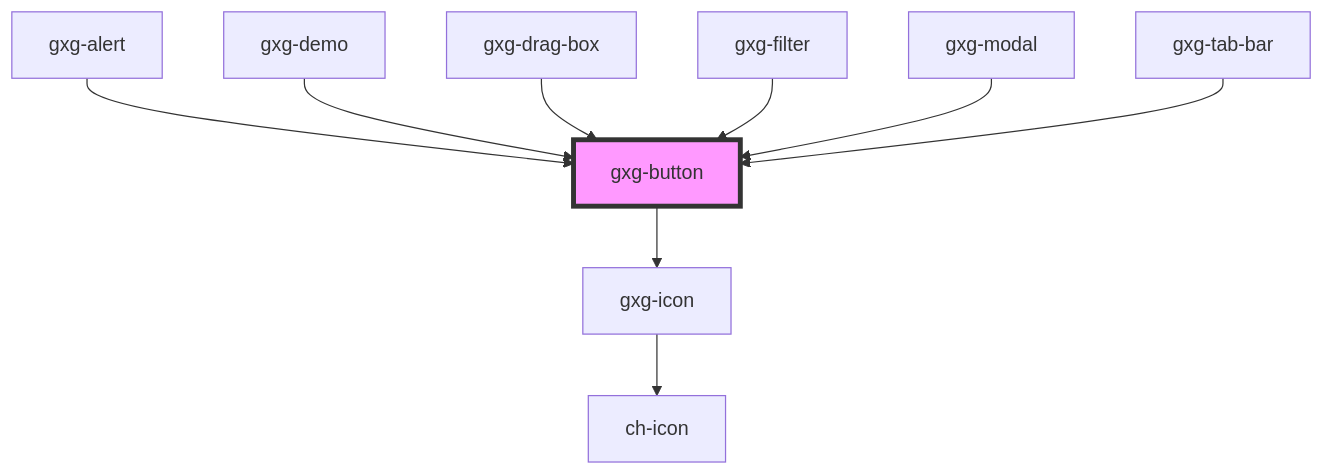
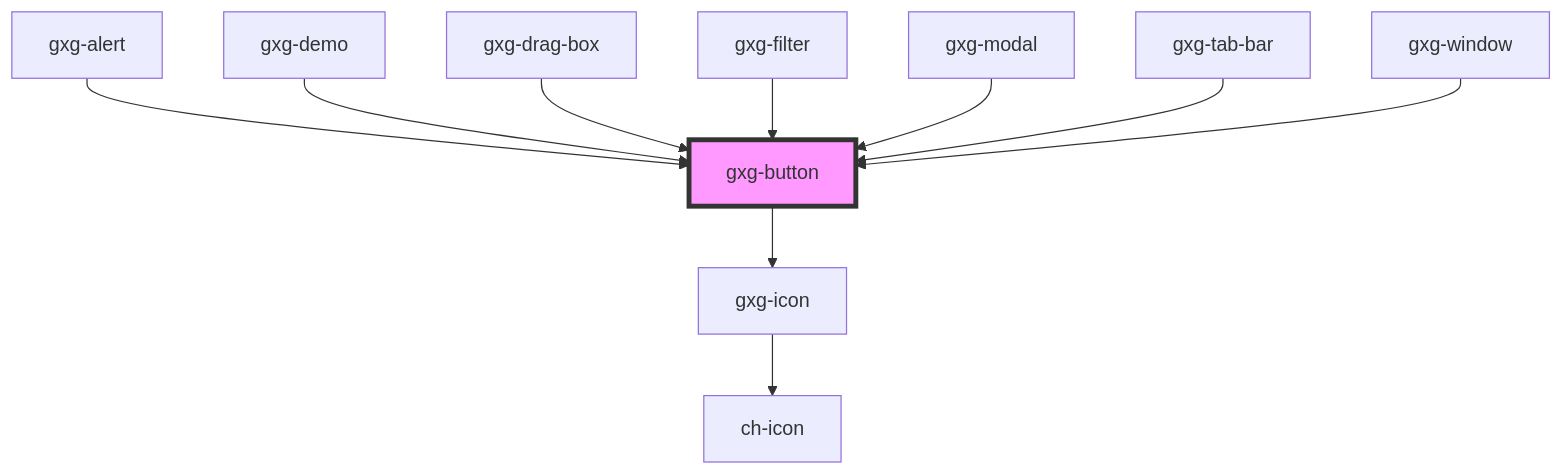
The diagram in src/components/button/readme.md (genexuslabs/gemini), drawn with Mermaid before and after one commit. The commit also changed other lines of this file and 11 other files, not shown here.

````diff
--- a/src/components/button/readme.md
+++ b/src/components/button/readme.md
@@ -34,12 +35,13 @@
 ```mermaid
 graph TD;
   gxg-button --> gxg-icon
   gxg-icon --> ch-icon
   gxg-alert --> gxg-button
   gxg-demo --> gxg-button
   gxg-drag-box --> gxg-button
   gxg-filter --> gxg-button
   gxg-modal --> gxg-button
   gxg-tab-bar --> gxg-button
+  gxg-window --> gxg-button
   style gxg-button fill:#f9f,stroke:#333,stroke-width:4px
 ```
````
